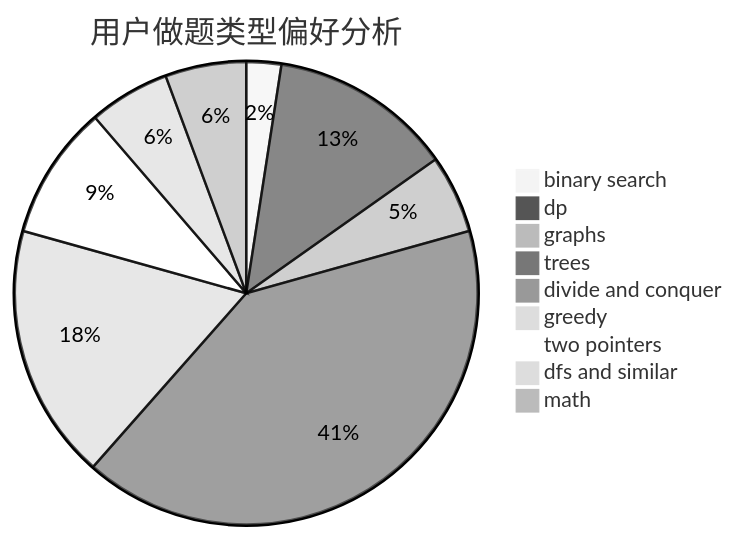
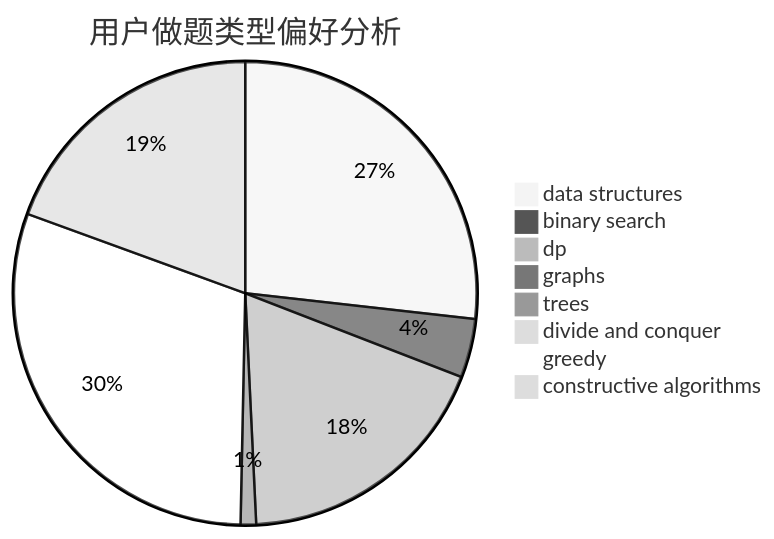
One commit to sherpahu/cfrs.github.io changed the second of 3 diagrams in docs/user/u555.md. Above: the diagram before and after it, drawn with Mermaid (neutral theme). The commit also changed other lines of this file and 2775 other files, not shown here.

````diff
--- a/docs/user/u555.md
+++ b/docs/user/u555.md
@@ -23,12 +23,11 @@
 ```mermaid
 pie title 用户做题类型偏好分析
-    "binary search" :  25
-    "dp" :  131
-    "graphs" :  56
-    "trees" :  419
+    "data structures" :  124
+    "binary search" :  19
+    "dp" :  85
+    "graphs" :  2
+    "trees" :  5
     "divide and conquer" :  0
-    "greedy" :  183
-    "two pointers" :  96
-    "dfs and similar" :  58
-    "math" :  58
+    "greedy" :  140
+    "constructive algorithms" :  90
 ```
````
